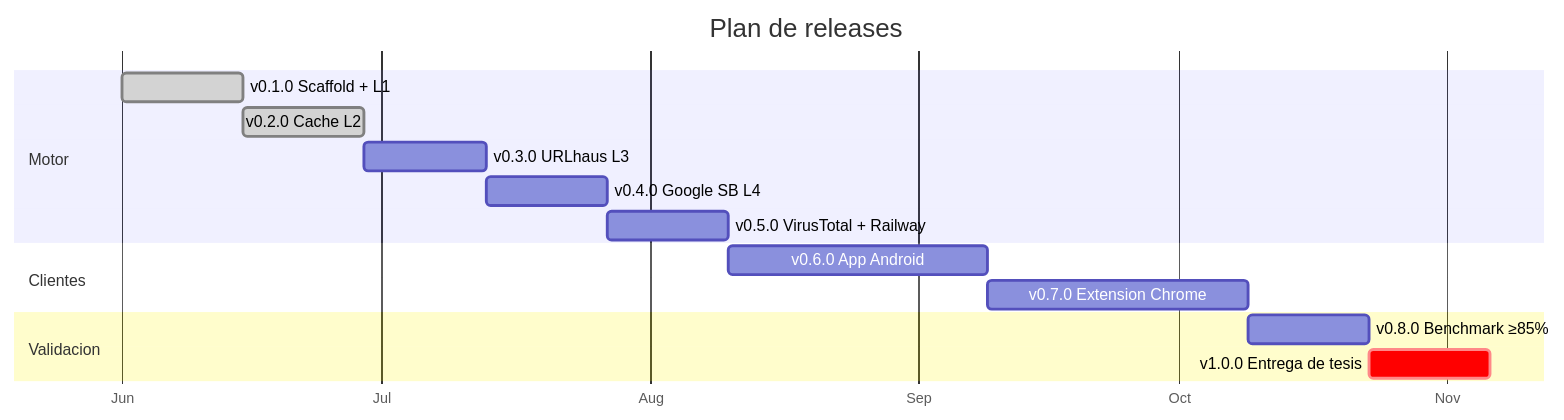
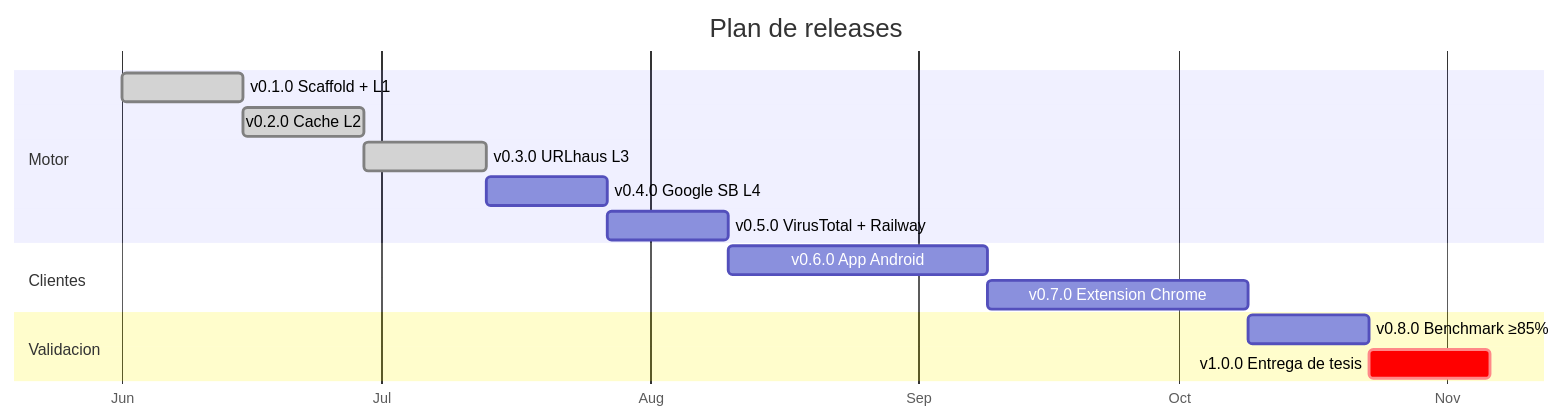
The second of 2 diagrams in README.md (Mickaell22/qr-shield), drawn with Mermaid before and after one commit. The commit also changed other lines of this file and 3 other files, not shown here.

````diff
--- a/README.md
+++ b/README.md
@@ -275,18 +275,18 @@
 ```mermaid
 gantt
     title Plan de releases
     dateFormat YYYY-MM-DD
     axisFormat %b
     section Motor
     v0.1.0 Scaffold + L1     :done,    v01, 2026-06-01, 14d
     v0.2.0 Cache L2          :done,    v02, after v01, 14d
-    v0.3.0 URLhaus L3        :         v03, after v02, 14d
+    v0.3.0 URLhaus L3        :done,    v03, after v02, 14d
     v0.4.0 Google SB L4      :         v04, after v03, 14d
     v0.5.0 VirusTotal + Railway :     v05, after v04, 14d
     section Clientes
     v0.6.0 App Android       :         v06, after v05, 30d
     v0.7.0 Extension Chrome  :         v07, after v06, 30d
     section Validacion
     v0.8.0 Benchmark ≥85%    :         v08, after v07, 14d
     v1.0.0 Entrega de tesis  :crit,    v10, after v08, 14d
 ```
````
